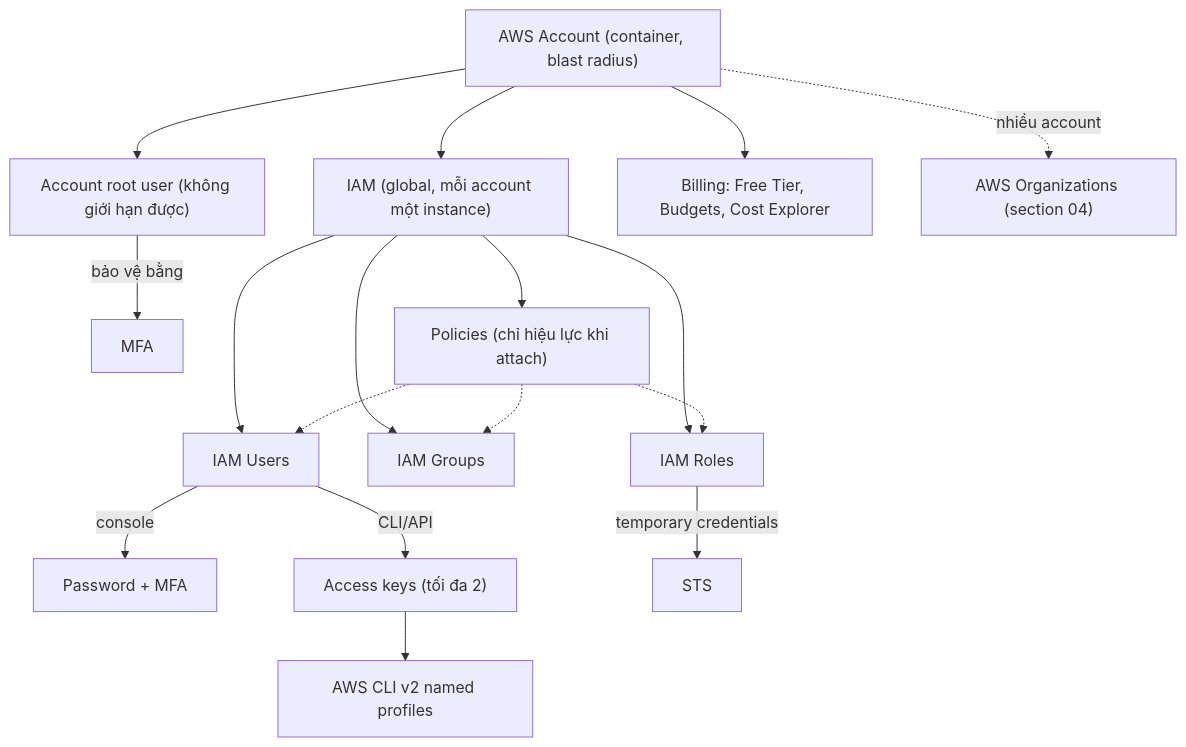
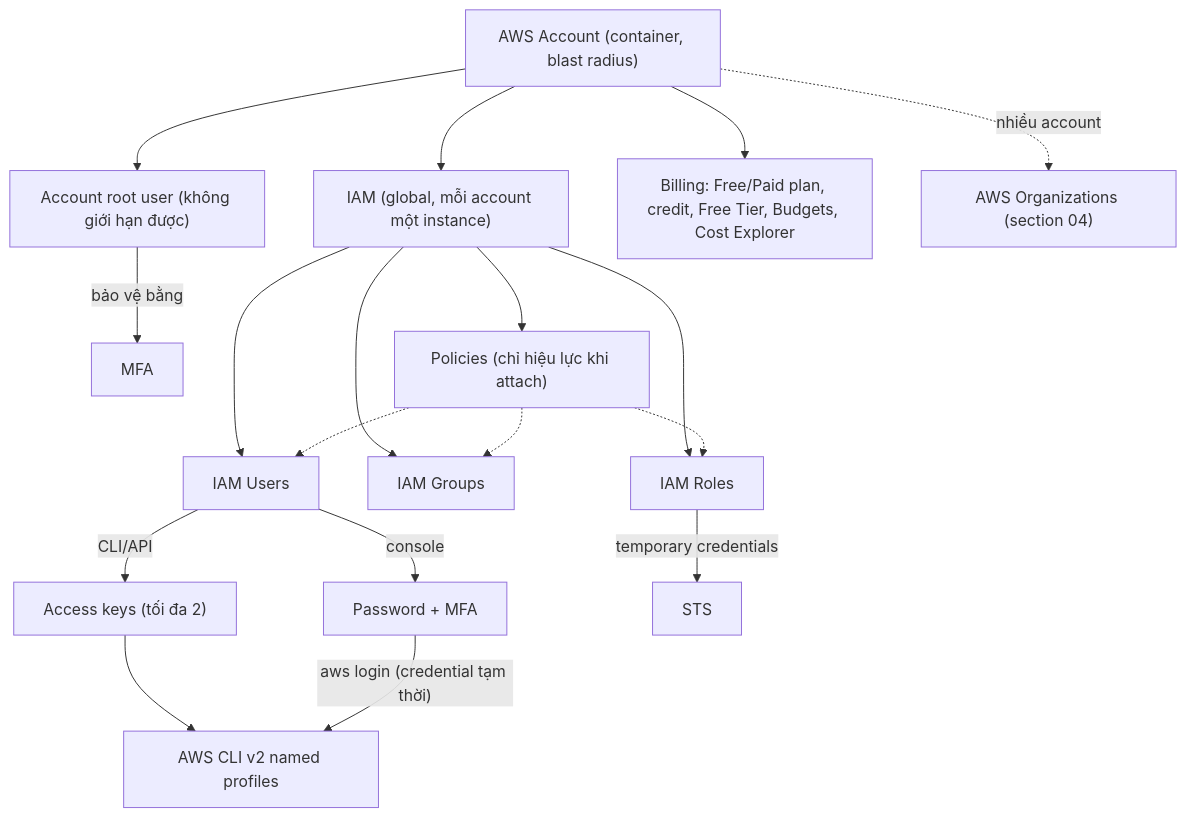
One commit to hairbui76/aws-saa-c03 changed the diagram in data/01 Accounts and Basics/_MOC 01 Accounts and Basics.md. Above: the diagram before and after it, drawn with Mermaid. The commit also changed other lines of this file and 20 other files, not shown here.

````diff
--- a/data/01 Accounts and Basics/_MOC 01 Accounts and Basics.md
+++ b/data/01 Accounts and Basics/_MOC 01 Accounts and Basics.md
@@ -19,19 +19,20 @@
 ```mermaid
 flowchart TB
   ACC["AWS Account (container, blast radius)"] --> ROOT["Account root user (không giới hạn được)"]
   ACC --> IAM["IAM (global, mỗi account một instance)"]
-  ACC --> BILL["Billing: Free Tier, Budgets, Cost Explorer"]
+  ACC --> BILL["Billing: Free/Paid plan, credit, Free Tier, Budgets, Cost Explorer"]
   ROOT -->|"bảo vệ bằng"| MFA["MFA"]
   IAM --> USR["IAM Users"]
   IAM --> GRP["IAM Groups"]
   IAM --> ROLE["IAM Roles"]
   IAM --> POL["Policies (chỉ hiệu lực khi attach)"]
   POL -.-> USR
   POL -.-> GRP
   POL -.-> ROLE
   USR -->|"console"| PW["Password + MFA"]
   USR -->|"CLI/API"| AK["Access keys (tối đa 2)"]
   AK --> CLI["AWS CLI v2 named profiles"]
+  PW -->|"aws login (credential tạm thời)"| CLI
   ROLE -->|"temporary credentials"| STS["STS"]
   ACC -.->|"nhiều account"| ORG["AWS Organizations (section 04)"]
 ```
````
